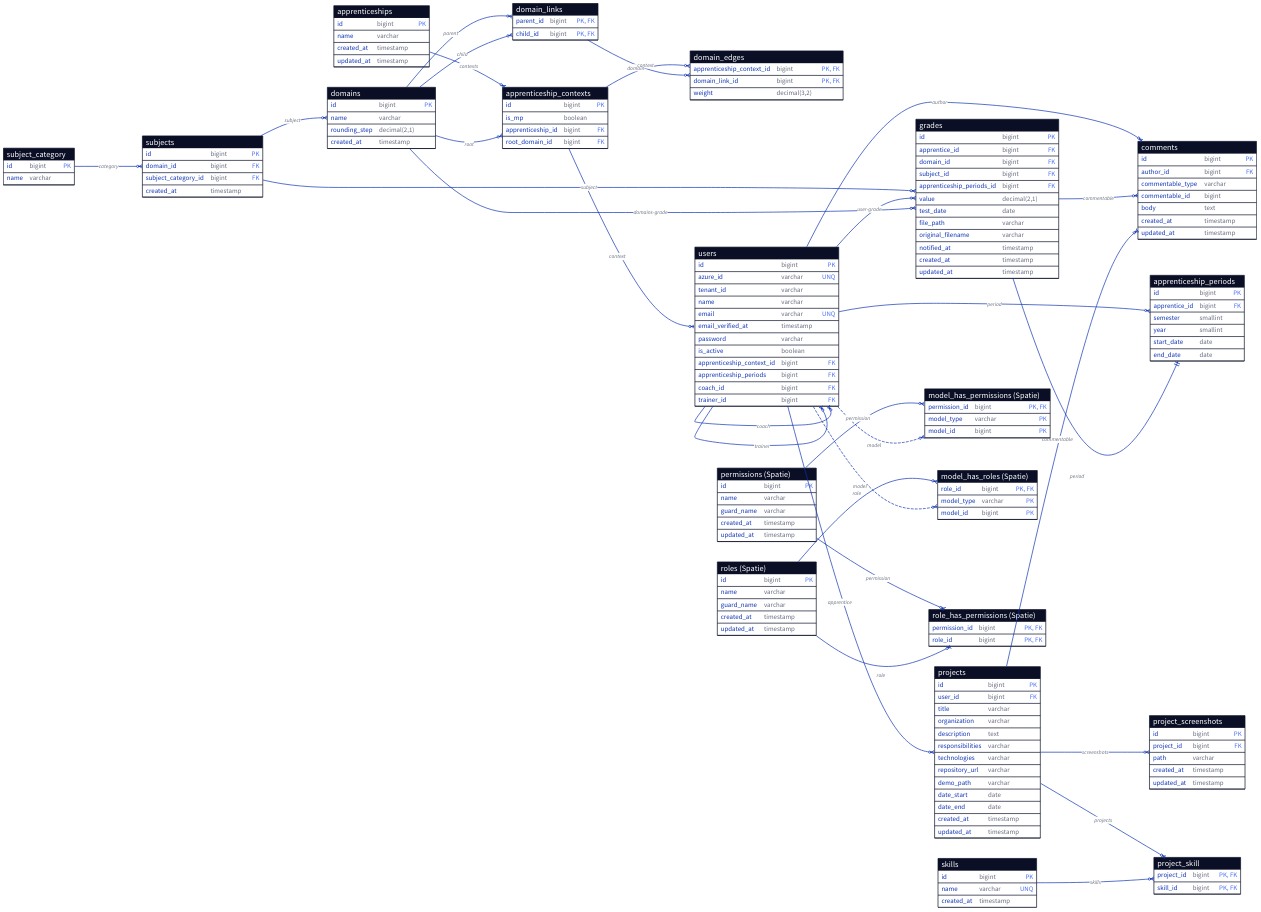
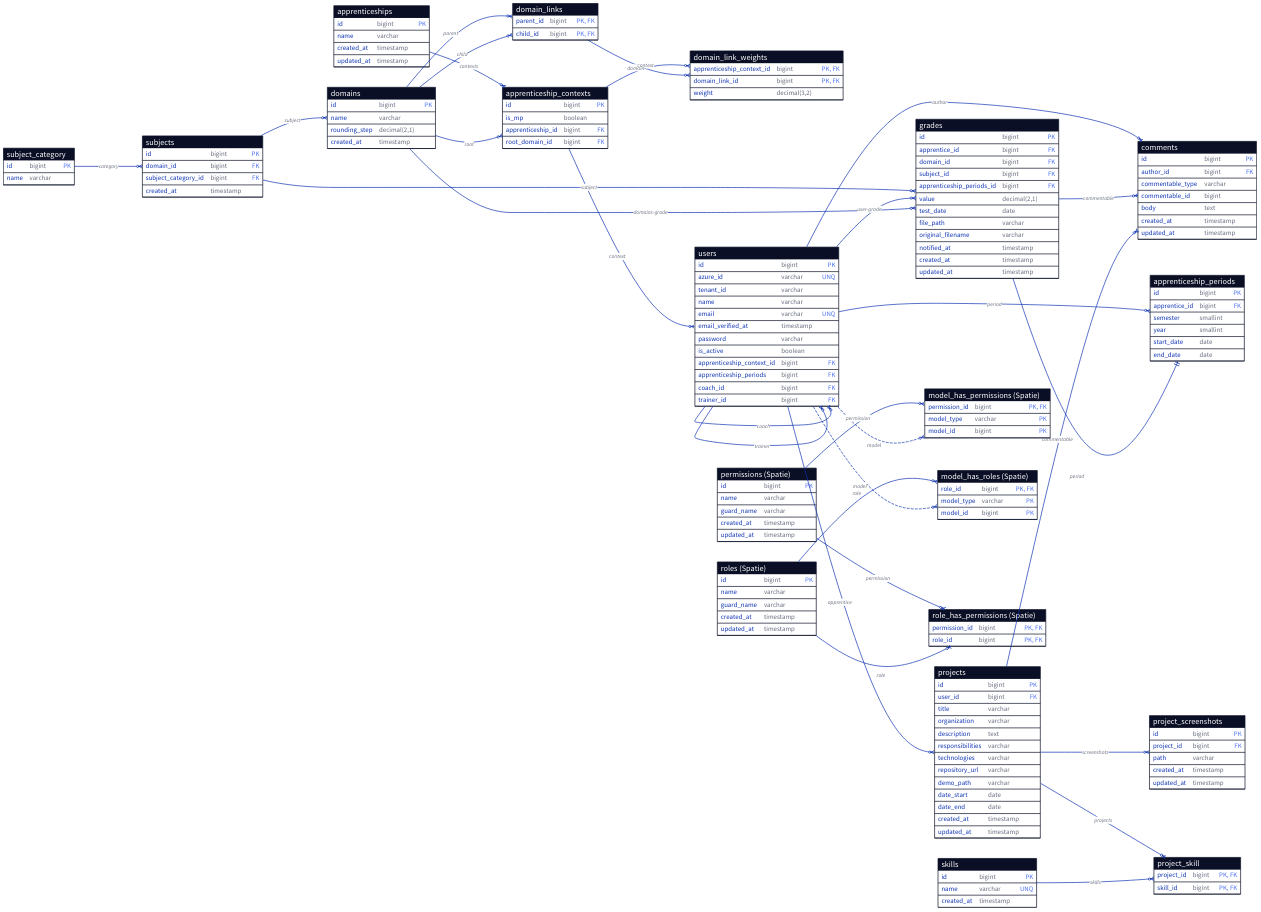
The diagram in docs/db/schemas/mcd_current.d2 (jobtrek/apprentice-cursus), drawn with D2 before and after one commit. The commit also changed 1 other file, not shown here.

Commit message:
docs: name the weight table domain_link_weights
- rename domain_edges to domain_link_weights in db.md and mcd_current.d2
- mark it as implemented, with its decimal(3,2) fraction weight

```diff
--- a/docs/db/schemas/mcd_current.d2
+++ b/docs/db/schemas/mcd_current.d2
@@ -14,7 +14,7 @@
   child_id: bigint {constraint: [primary_key; foreign_key]}
 }
 
-domain_edges: {
+domain_link_weights: {
   shape: sql_table
   apprenticeship_context_id: bigint {constraint: [primary_key; foreign_key]}
   domain_link_id: bigint {constraint: [primary_key; foreign_key]}
@@ -196,12 +196,12 @@
   target-arrowhead: {shape: cf-many}
 }
 
-apprenticeship_contexts -> domain_edges: context {
+apprenticeship_contexts -> domain_link_weights: context {
   source-arrowhead: {shape: cf-one-required}
   target-arrowhead: {shape: cf-many}
 }
 
-domain_links -> domain_edges: domain {
+domain_links -> domain_link_weights: domain {
   source-arrowhead: {shape: cf-one-required}
   target-arrowhead: {shape: cf-many}
 }
```
